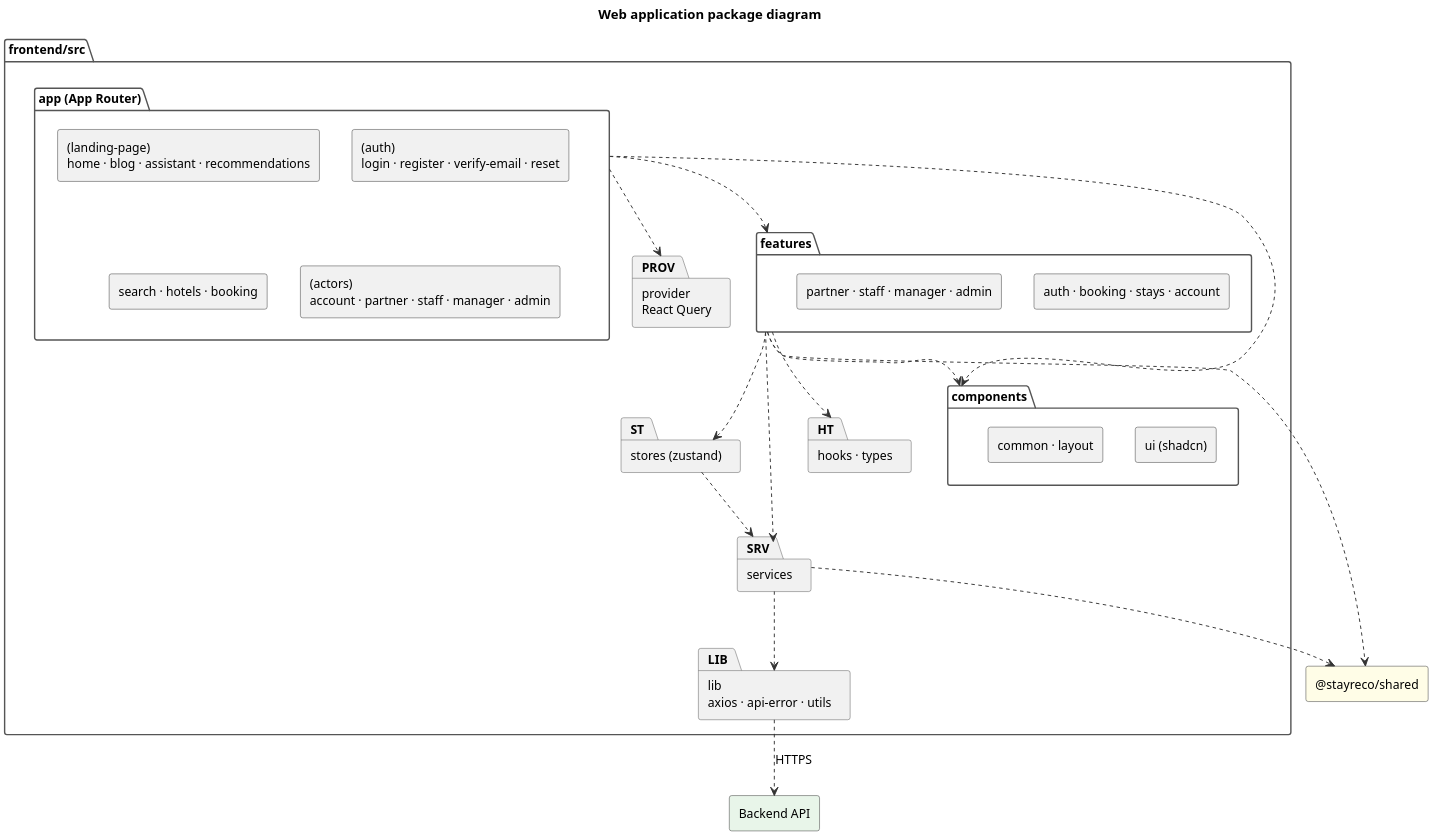
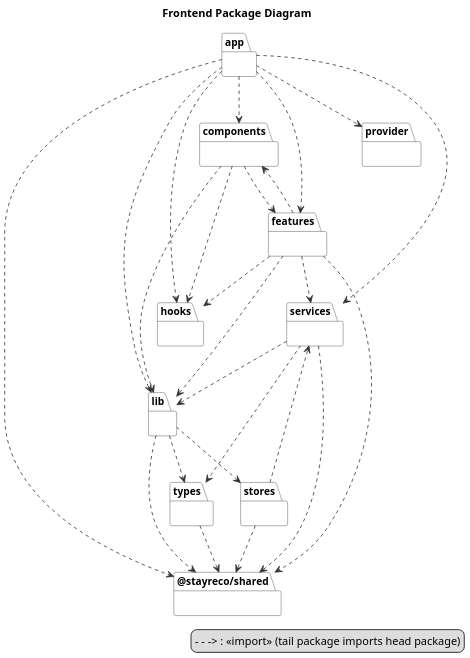
The diagram in docs/diagrams/pkg_web_en.puml (KnightChovy/stay-reco), drawn with PlantUML before and after one commit. The commit also changed 18 other files, not shown here.

First line of the commit message:
docs: diagram sources match every Report 4 figure

```diff
--- a/docs/diagrams/pkg_web_en.puml
+++ b/docs/diagrams/pkg_web_en.puml
@@ -1,50 +1,62 @@
 @startuml
-skinparam dpi 180
+' Frontend Package Diagram (Report 4, Figure 3). Generated from the imports of the code: an arrow means
+' "the tail package imports the head package".
+skinparam dpi 150
 skinparam shadowing false
 skinparam defaultFontName Helvetica
 skinparam defaultFontSize 13
 skinparam ArrowColor #333333
-skinparam componentStyle rectangle
-skinparam rectangle {
+skinparam packageStyle folder
+skinparam package {
   BorderColor #333333
+  BackgroundColor #FFFFFF
 }
-skinparam package {
-  BorderColor #555555
+title Frontend Package Diagram
+package "@stayreco/shared" as _stayreco_shared {
 }
-title Web application package diagram
-package "frontend/src" {
-  package "app (App Router)" as APP {
-    rectangle "(landing-page)\nhome · blog · assistant · recommendations" as A1
-    rectangle "(auth)\nlogin · register · verify-email · reset" as A2
-    rectangle "search · hotels · booking" as A3
-    rectangle "(actors)\naccount · partner · staff · manager · admin" as A4
-  }
-  package "features" as FEAT {
-    rectangle "auth · booking · stays · account" as F1
-    rectangle "partner · staff · manager · admin" as F2
-  }
-  package "components" as COMP {
-    rectangle "ui (shadcn)" as CU
-    rectangle "common · layout" as CC
-  }
-  package "services" as SRV
-  package "stores (zustand)" as ST
-  package "lib\naxios · api-error · utils" as LIB
-  package "provider\nReact Query" as PROV
-  package "hooks · types" as HT
+package "app" as app {
 }
-rectangle "@stayreco/shared" as SH #FFFDE7
-rectangle "Backend API" as API #E8F5E9
-APP ..> FEAT
-APP ..> COMP
-FEAT ..> COMP
-FEAT ..> SRV
-FEAT ..> ST
-SRV ..> LIB
-ST ..> SRV
-APP ..> PROV
-FEAT ..> HT
-LIB ..> API : HTTPS
-SRV ..> SH
-FEAT ..> SH
+package "components" as components {
+}
+package "features" as features {
+}
+package "hooks" as hooks {
+}
+package "lib" as lib {
+}
+package "provider" as provider {
+}
+package "services" as services {
+}
+package "stores" as stores {
+}
+package "types" as types {
+}
+app ..> _stayreco_shared
+app ..> components
+app ..> features
+app ..> hooks
+app ..> lib
+app ..> provider
+app ..> services
+components ..> features
+components ..> hooks
+components ..> lib
+features ..> _stayreco_shared
+features ..> components
+features ..> hooks
+features ..> lib
+features ..> services
+lib ..> _stayreco_shared
+lib ..> stores
+lib ..> types
+services ..> _stayreco_shared
+services ..> lib
+services ..> types
+stores ..> _stayreco_shared
+stores ..> services
+types ..> _stayreco_shared
+legend bottom right
+  - - -> : <<import>> (tail package imports head package)
+endlegend
 @enduml
```
